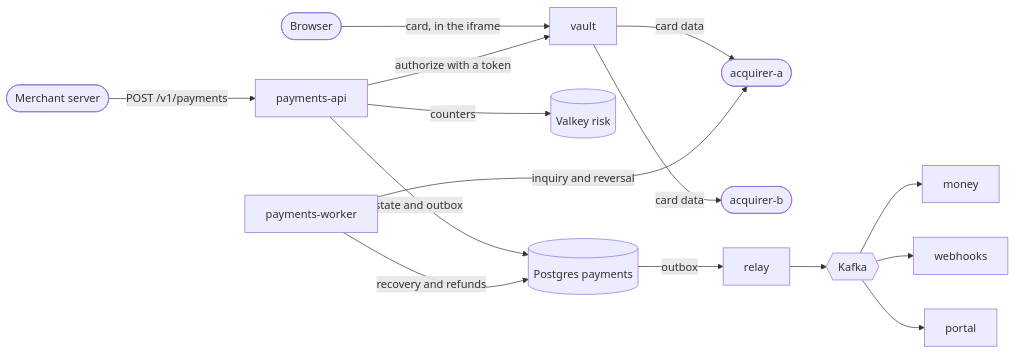
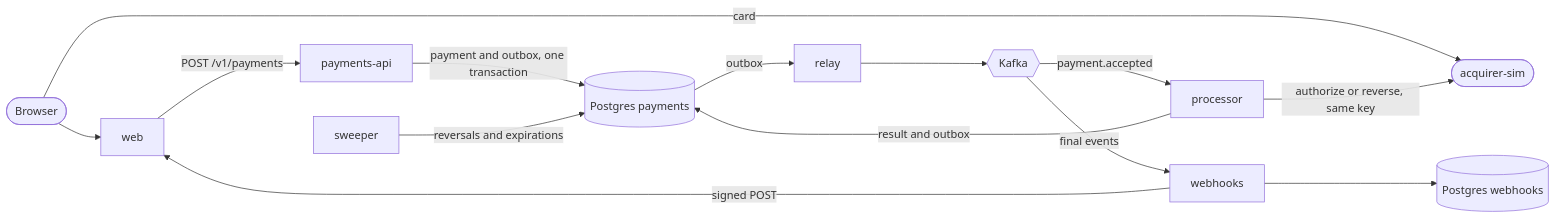
Before and after one commit to OscarNunezU/payment-processing-service: the first of 2 diagrams in docs/rfc/0001-architecture.md, drawn with Mermaid. The commit also changed other lines of this file and 3 other files, not shown here.

````diff
--- a/docs/rfc/0001-architecture.md
+++ b/docs/rfc/0001-architecture.md
@@ -47,17 +36,16 @@
 ```mermaid
 flowchart LR
-    browser([Browser]) -- card, in the iframe --> vault[vault]
-    merchant([Merchant server]) -- POST /v1/payments --> api[payments-api]
-    api -- authorize with a token --> vault
-    vault -- card data --> acqA([acquirer-a])
-    vault -- card data --> acqB([acquirer-b])
-    api -- counters --> valkey[(Valkey risk)]
-    api -- state and outbox --> pg[(Postgres payments)]
-    worker[payments-worker] -- recovery and refunds --> pg
-    worker -- inquiry and reversal --> acqA
+    browser([Browser]) -- card --> acq([acquirer-sim])
+    browser --> web[web]
+    web -- POST /v1/payments --> api[payments-api]
+    api -- payment and outbox, one transaction --> pg[(Postgres payments)]
     pg -- outbox --> relay[relay]
     relay --> kafka{{Kafka}}
-    kafka --> money[money]
-    kafka --> webhooks[webhooks]
-    kafka --> portal[portal]
+    kafka -- payment.accepted --> processor[processor]
+    processor -- authorize or reverse, same key --> acq
+    processor -- result and outbox --> pg
+    sweeper[sweeper] -- reversals and expirations --> pg
+    kafka -- final events --> webhooks[webhooks]
+    webhooks --> pgw[(Postgres webhooks)]
+    webhooks -- signed POST --> web
 ```
````
